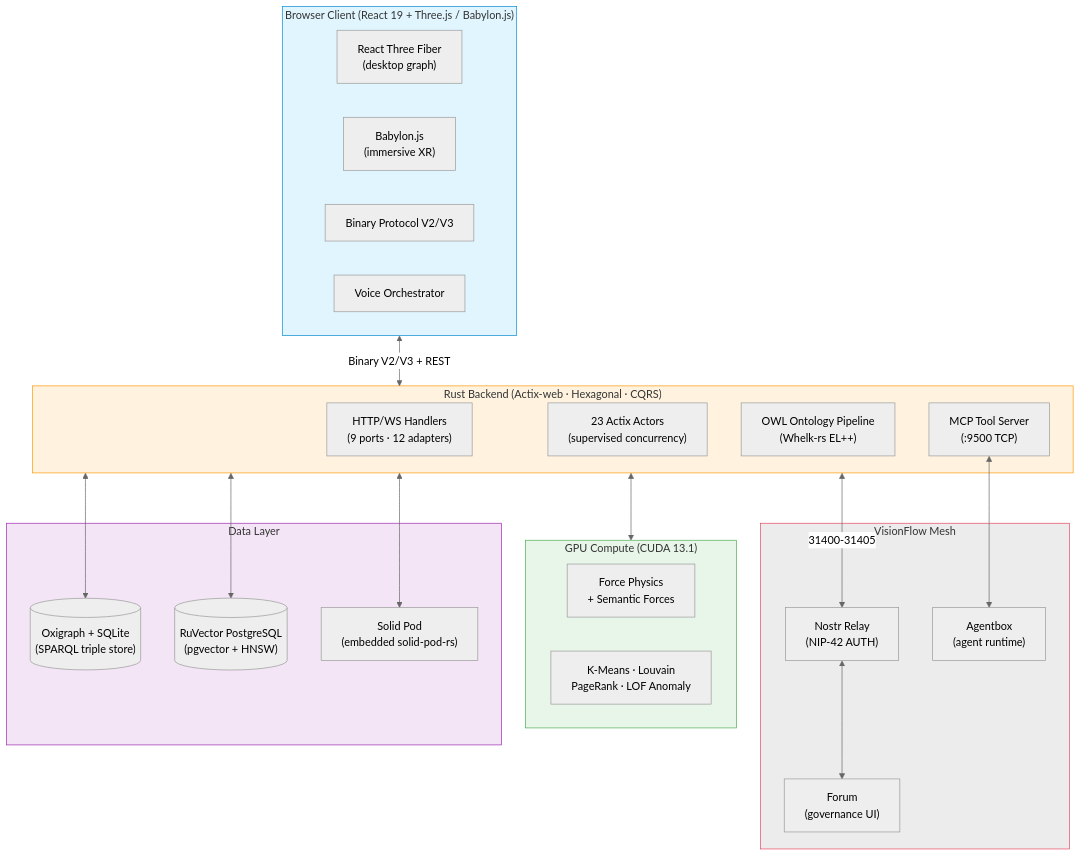
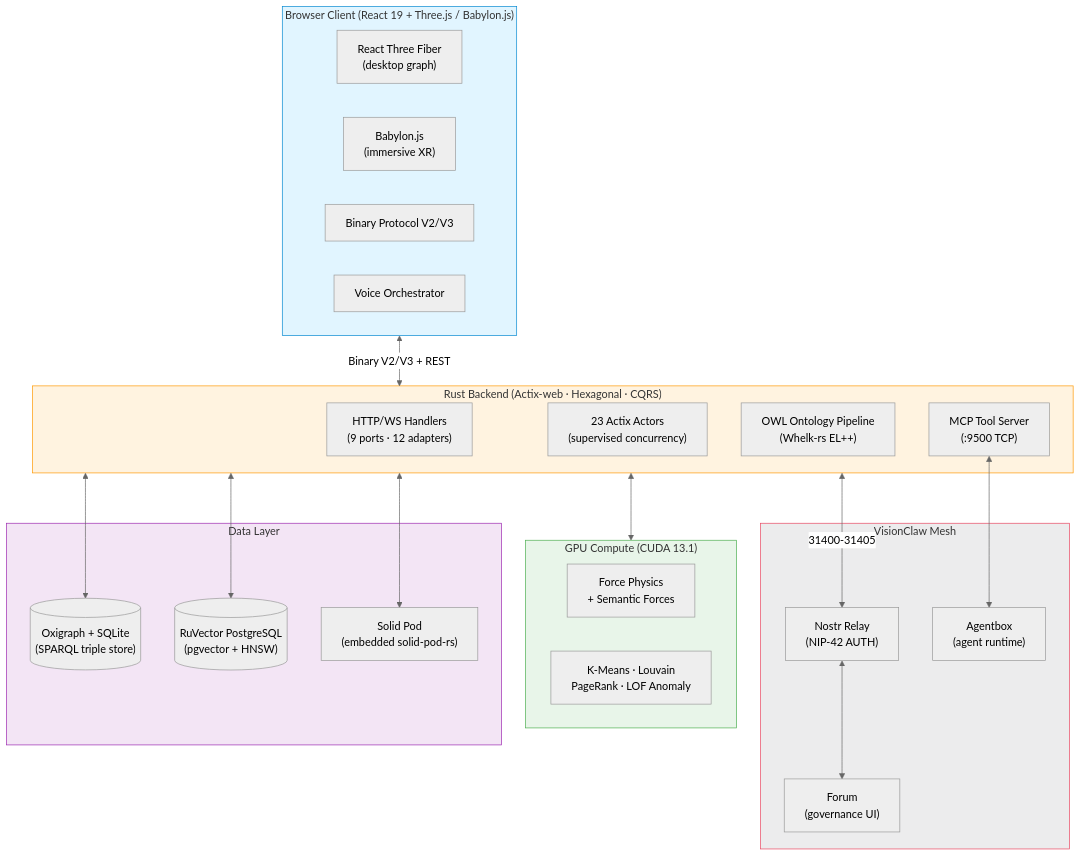
One commit to shaneholloman/logseq-spring-thing changed the third of 4 diagrams in README.md. Above: the diagram before and after it, drawn with Mermaid (neutral theme). The commit also changed other lines of this file and 883 other files, not shown here.

````diff
--- a/README.md
+++ b/README.md
@@ -414,48 +414,48 @@
 ```mermaid
 flowchart TB
     subgraph Client["Browser Client (React 19 + Three.js / Babylon.js)"]
         R3F["React Three Fiber\n(desktop graph)"]
         BabylonXR["Babylon.js\n(immersive XR)"]
         BinProto["Binary Protocol V2/V3"]
         Voice["Voice Orchestrator"]
     end
 
     subgraph Server["Rust Backend (Actix-web · Hexagonal · CQRS)"]
         Handlers["HTTP/WS Handlers\n(9 ports · 12 adapters)"]
         Actors["23 Actix Actors\n(supervised concurrency)"]
         Services["OWL Ontology Pipeline\n(Whelk-rs EL++)"]
         MCP["MCP Tool Server\n(:9500 TCP)"]
     end
 
     subgraph Data["Data Layer"]
         Oxigraph[("Oxigraph + SQLite\n(SPARQL triple store)")]
         RuVector[("RuVector PostgreSQL\n(pgvector + HNSW)")]
         Solid["Solid Pod\n(embedded solid-pod-rs)"]
     end
 
     subgraph GPU["GPU Compute (CUDA 13.1)"]
         Physics["Force Physics\n+ Semantic Forces"]
         Analytics["K-Means · Louvain\nPageRank · LOF Anomaly"]
     end
 
-    subgraph Mesh["VisionFlow Mesh"]
+    subgraph Mesh["VisionClaw Mesh"]
         Relay["Nostr Relay\n(NIP-42 AUTH)"]
         AB["Agentbox\n(agent runtime)"]
         Forum["Forum\n(governance UI)"]
     end
 
     Client <-->|"Binary V2/V3 + REST"| Server
     Server <--> Oxigraph
     Server <--> RuVector
     Server <--> Solid
     Server <--> GPU
     MCP <--> AB
     Server <-->|"31400-31405"| Relay
     Relay <--> Forum
 
     style Client fill:#e1f5ff,stroke:#0288d1
     style Server fill:#fff3e0,stroke:#ff9800
     style Data fill:#f3e5f5,stroke:#9c27b0
     style GPU fill:#e8f5e9,stroke:#4caf50
     style Mesh fill:#1a1a2e15,stroke:#e94560
 ```
````
